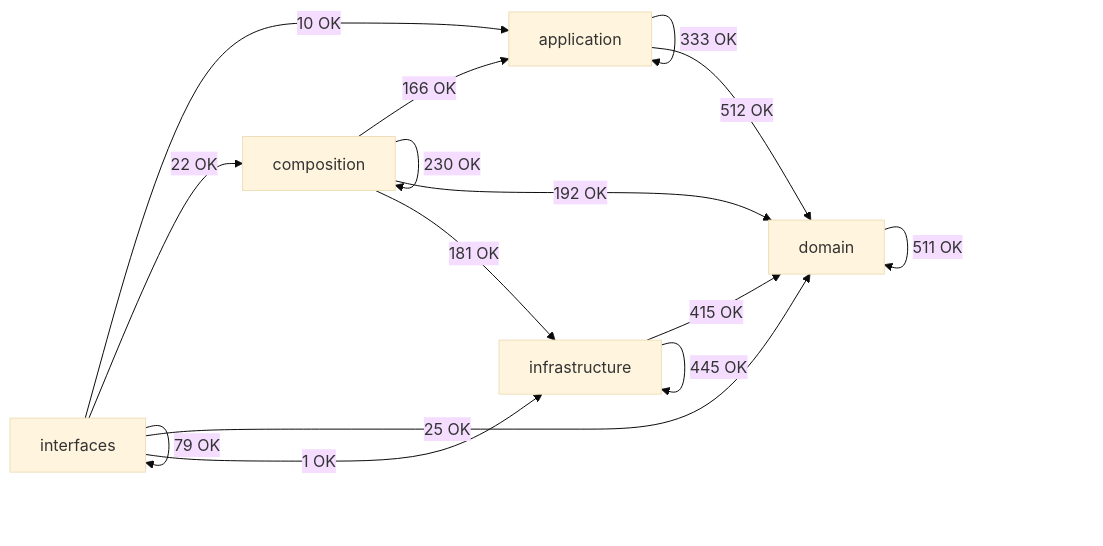
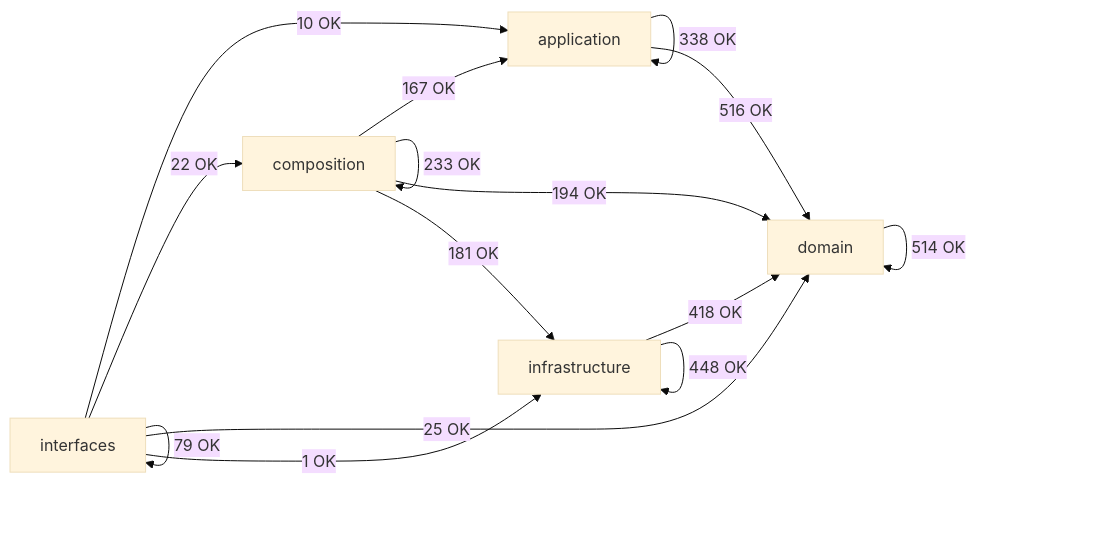
One commit to SatoryKono/BioactivityDataAcquisition changed the diagram in docs/02-architecture/generated/module-dependency-map.md. Above: the diagram before and after it, drawn with Mermaid (base theme). The commit also changed other lines of this file and 180 other files, not shown here.

````diff
--- a/docs/02-architecture/generated/module-dependency-map.md
+++ b/docs/02-architecture/generated/module-dependency-map.md
@@ -15,22 +15,22 @@
 ```mermaid
 flowchart LR
     domain[domain]
     application[application]
     infrastructure[infrastructure]
     composition[composition]
     interfaces[interfaces]
-    application -->|333 OK| application
-    application -->|512 OK| domain
-    composition -->|166 OK| application
-    composition -->|230 OK| composition
-    composition -->|192 OK| domain
+    application -->|338 OK| application
+    application -->|516 OK| domain
+    composition -->|167 OK| application
+    composition -->|233 OK| composition
+    composition -->|194 OK| domain
     composition -->|181 OK| infrastructure
-    domain -->|511 OK| domain
-    infrastructure -->|415 OK| domain
-    infrastructure -->|445 OK| infrastructure
+    domain -->|514 OK| domain
+    infrastructure -->|418 OK| domain
+    infrastructure -->|448 OK| infrastructure
     interfaces -->|10 OK| application
     interfaces -->|22 OK| composition
     interfaces -->|25 OK| domain
     interfaces -->|1 OK| infrastructure
     interfaces -->|79 OK| interfaces
 ```
````
